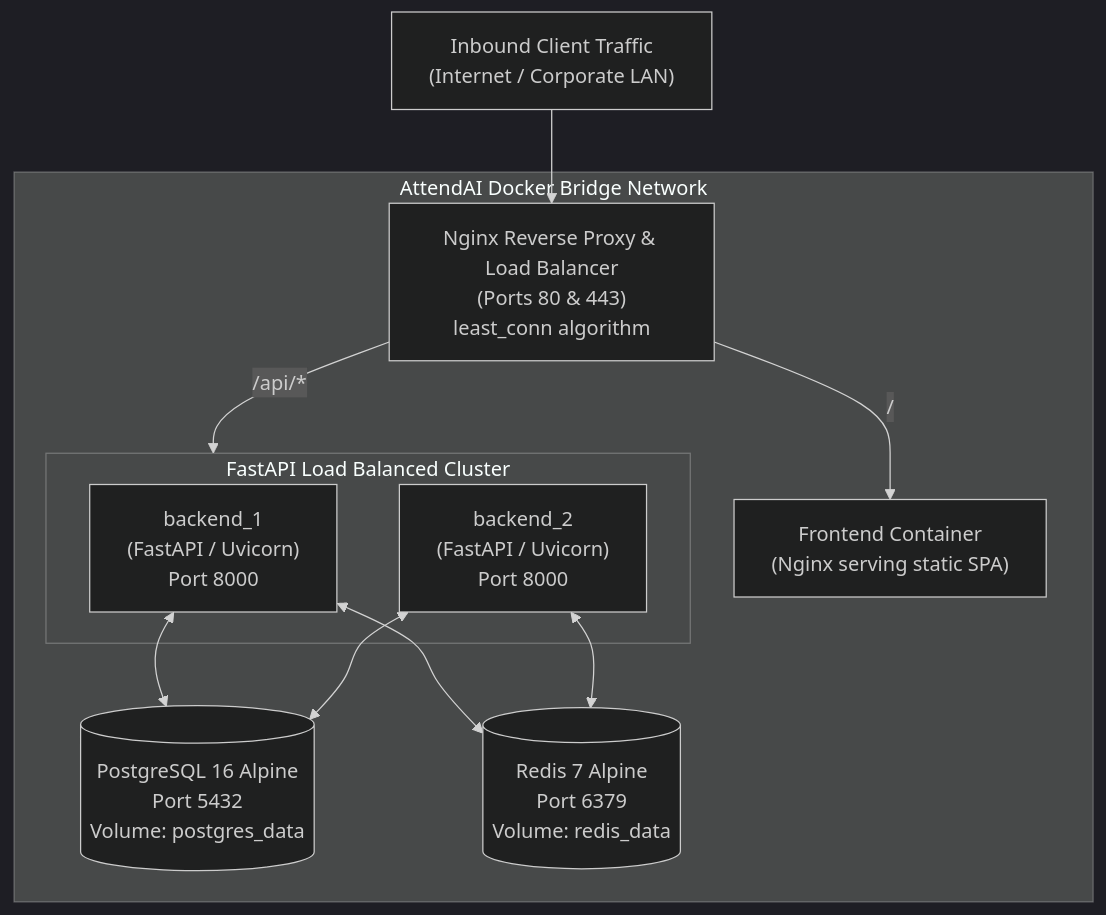
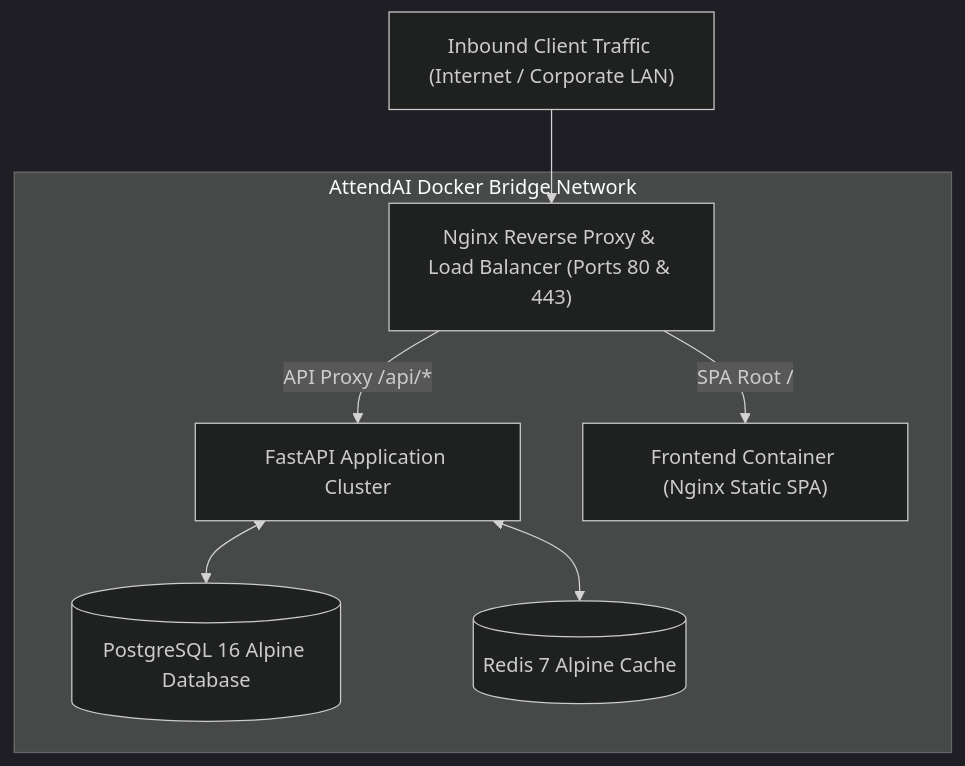
The diagram in docs/deployment.md (sandhyachinnan74-gif/attendence-intelligent), drawn with Mermaid (dark theme) before and after one commit. The commit also changed other lines of this file and 2 other files, not shown here.

Commit message:
docs: resolve Mermaid rendering parse error and add live Render URL to README

````diff
--- a/docs/deployment.md
+++ b/docs/deployment.md
@@ -11,17 +13,12 @@
 ```mermaid
 flowchart TD
-    Client["Inbound Client Traffic\n(Internet / Corporate LAN)"] --> Nginx["Nginx Reverse Proxy & Load Balancer\n(Ports 80 & 443)\nleast_conn algorithm"]
+    Client["Inbound Client Traffic (Internet / Corporate LAN)"] --> Nginx["Nginx Reverse Proxy & Load Balancer (Ports 80 & 443)"]
     
     subgraph ContainerNetwork["AttendAI Docker Bridge Network"]
-        Nginx -->|/api/*| Cluster["FastAPI Backend Cluster"]
-        Nginx -->|/| Front["Frontend Container\n(Nginx serving static SPA)"]
+        Nginx -->|"API Proxy /api/*"| BackendServices["FastAPI Application Cluster"]
+        Nginx -->|"SPA Root /"| Front["Frontend Container (Nginx Static SPA)"]
         
-        subgraph Cluster["FastAPI Load Balanced Cluster"]
-            B1["backend_1\n(FastAPI / Uvicorn)\nPort 8000"]
-            B2["backend_2\n(FastAPI / Uvicorn)\nPort 8000"]
-        end
-        
-        B1 & B2 <--> Postgres[("PostgreSQL 16 Alpine\nPort 5432\nVolume: postgres_data")]
-        B1 & B2 <--> Redis[("Redis 7 Alpine\nPort 6379\nVolume: redis_data")]
+        BackendServices <--> Postgres[("PostgreSQL 16 Alpine Database")]
+        BackendServices <--> Redis[("Redis 7 Alpine Cache")]
     end
 ```
````
